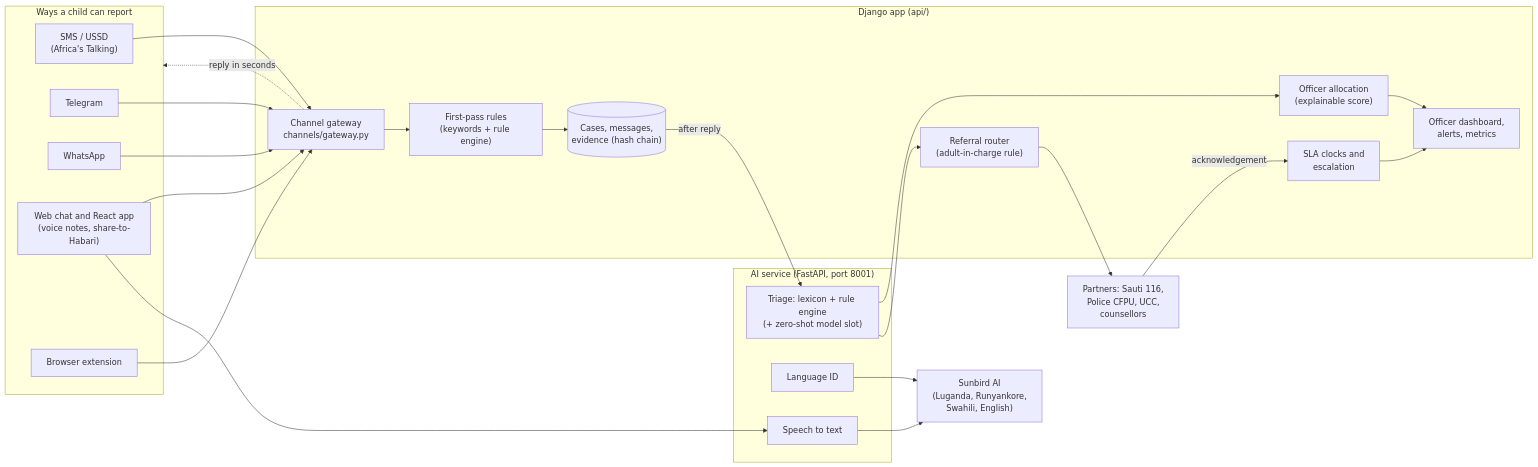
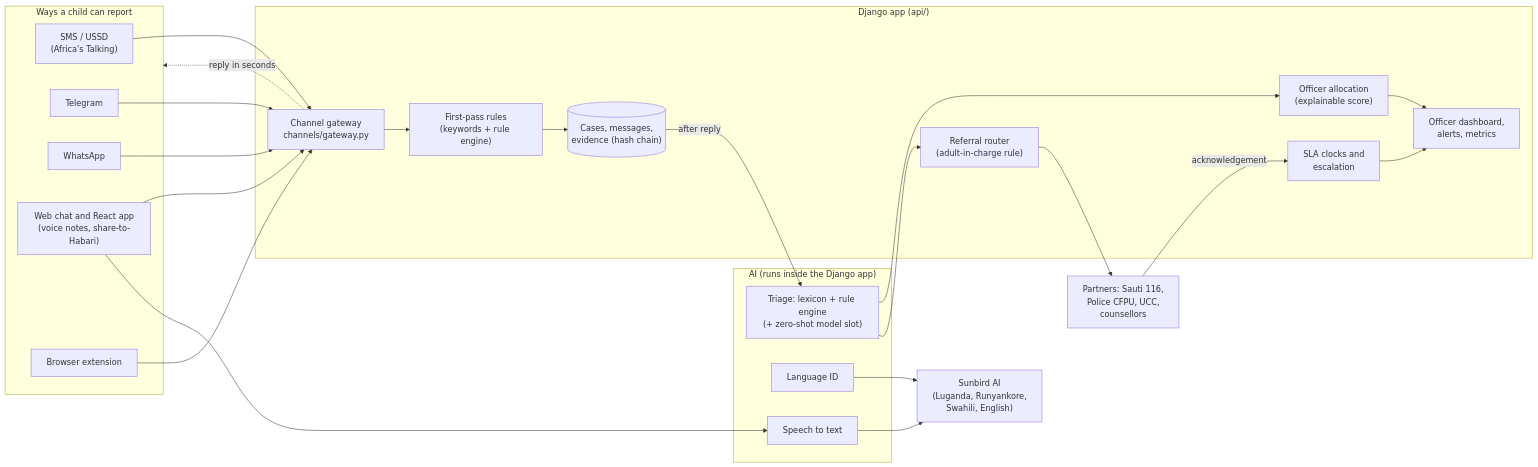
The diagram in docs/ARCHITECTURE.md (Nowellah/Habari), drawn with Mermaid before and after one commit. The commit also changed other lines of this file and 17 other files, not shown here.

````diff
--- a/docs/ARCHITECTURE.md
+++ b/docs/ARCHITECTURE.md
@@ -7,40 +7,40 @@
 ```mermaid
 flowchart LR
   subgraph Doors["Ways a child can report"]
     SMS["SMS / USSD<br/>(Africa's Talking)"]
     TG["Telegram"]
     WA["WhatsApp"]
     WEB["Web chat and React app<br/>(voice notes, share-to-Habari)"]
     EXT["Browser extension"]
   end
 
   subgraph Django["Django app (api/)"]
     GW["Channel gateway<br/>channels/gateway.py"]
     RULES["First-pass rules<br/>(keywords + rule engine)"]
     CASE[("Cases, messages,<br/>evidence (hash chain)")]
     ALLOC["Officer allocation<br/>(explainable score)"]
     ROUTER["Referral router<br/>(adult-in-charge rule)"]
     SLA["SLA clocks and<br/>escalation"]
     DASH["Officer dashboard,<br/>alerts, metrics"]
   end
 
-  subgraph AI["AI service (FastAPI, port 8001)"]
+  subgraph AI["AI (runs inside the Django app)"]
     TRIAGE["Triage: lexicon + rule engine<br/>(+ zero-shot model slot)"]
     LANG["Language ID"]
     STT["Speech to text"]
   end
 
   SUN["Sunbird AI<br/>(Luganda, Runyankore,<br/>Swahili, English)"]
   PART["Partners: Sauti 116,<br/>Police CFPU, UCC,<br/>counsellors"]
 
   SMS & TG & WA & WEB & EXT --> GW
   GW --> RULES --> CASE
   GW -. reply in seconds .-> Doors
   CASE -- after reply --> TRIAGE
   TRIAGE --> ALLOC --> DASH
   TRIAGE --> ROUTER --> PART
   PART -- acknowledgement --> SLA
   SLA --> DASH
   LANG & STT --> SUN
   WEB --> STT
 ```
````
